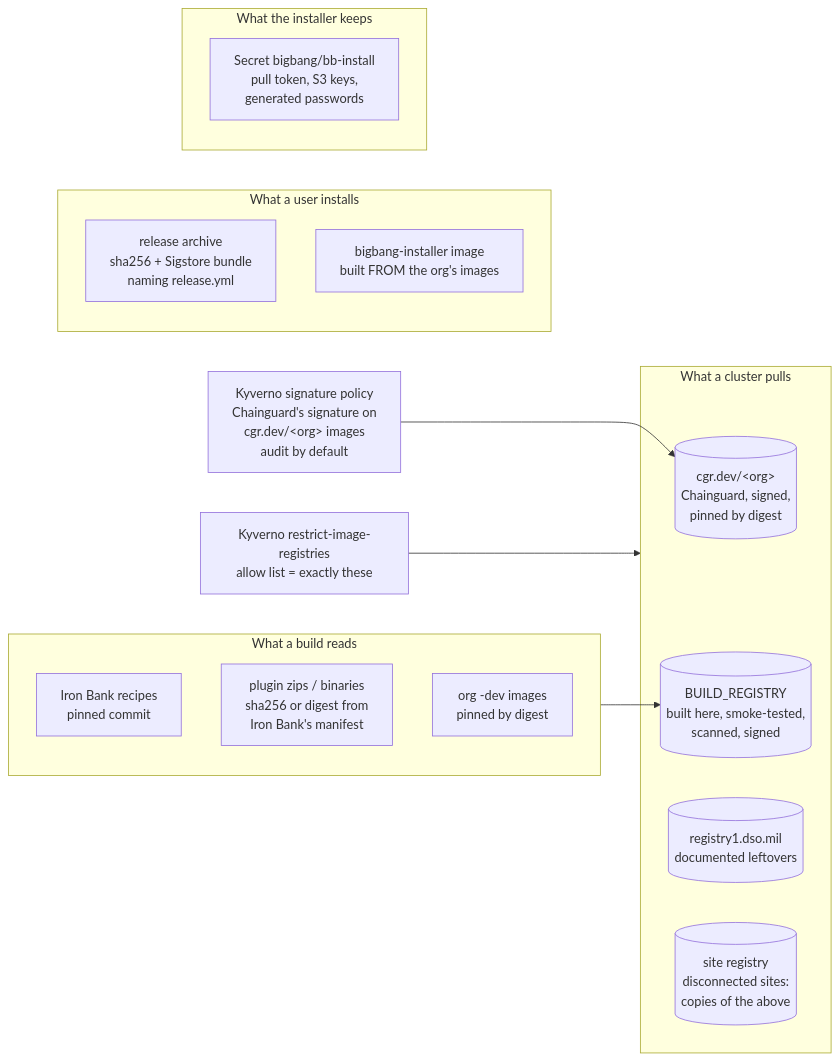
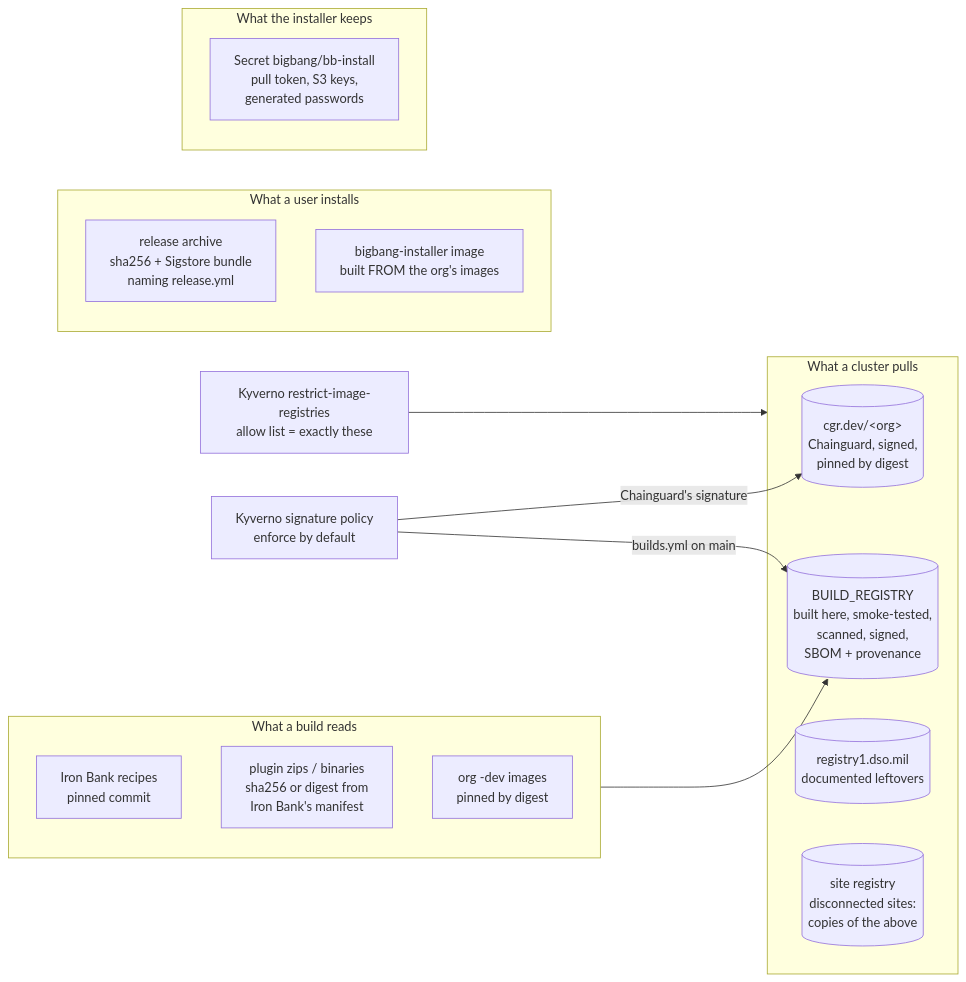
Before and after one commit to Zapata-Technology/bigbang-chainguard: the eighth of 9 diagrams in docs/architecture.md, drawn with Mermaid. The commit also changed other lines of this file and 3 other files, not shown here.

First line of the commit message:
docs: bring the diagrams and docs up to date with this week's changes

````diff
--- a/docs/architecture.md
+++ b/docs/architecture.md
@@ -228,24 +255,26 @@
 ```mermaid
 flowchart LR
     subgraph trusted[What a cluster pulls]
         CG[(cgr.dev/&lt;org&gt;<br/>Chainguard, signed,<br/>pinned by digest)]
-        BR[(BUILD_REGISTRY<br/>built here, smoke-tested,<br/>scanned, signed)]
+        BR[(BUILD_REGISTRY<br/>built here, smoke-tested,<br/>scanned, signed,<br/>SBOM + provenance)]
         IBR[(registry1.dso.mil<br/>documented leftovers)]
         SR[(site registry<br/>disconnected sites:<br/>copies of the above)]
     end
     K[Kyverno restrict-image-registries<br/>allow list = exactly these] --> trusted
-    S[Kyverno signature policy<br/>Chainguard's signature on<br/>cgr.dev/&lt;org&gt; images<br/>audit by default] --> CG
+    S[Kyverno signature policy<br/>enforce by default]
+    S --"Chainguard's signature" --> CG
+    S -- "builds.yml on main" --> BR
     subgraph build[What a build reads]
         IBRec[Iron Bank recipes<br/>pinned commit]
         Z[plugin zips / binaries<br/>sha256 or digest from<br/>Iron Bank's manifest]
         CGd[org -dev images<br/>pinned by digest]
     end
     build --> BR
     subgraph user[What a user installs]
         REL[release archive<br/>sha256 + Sigstore bundle<br/>naming release.yml]
         INS[bigbang-installer image<br/>built FROM the org's images]
     end
     subgraph state[What the installer keeps]
         SEC[Secret bigbang/bb-install<br/>pull token, S3 keys,<br/>generated passwords]
     end
 ```
````
